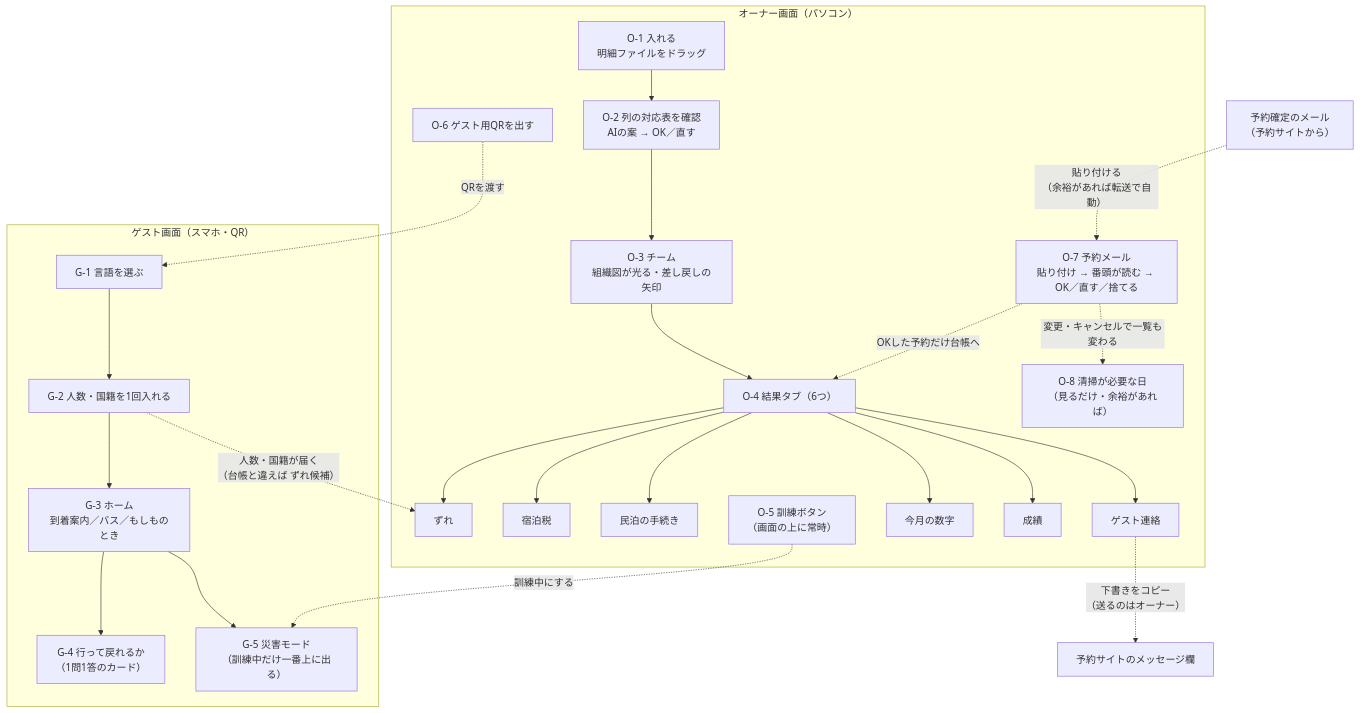
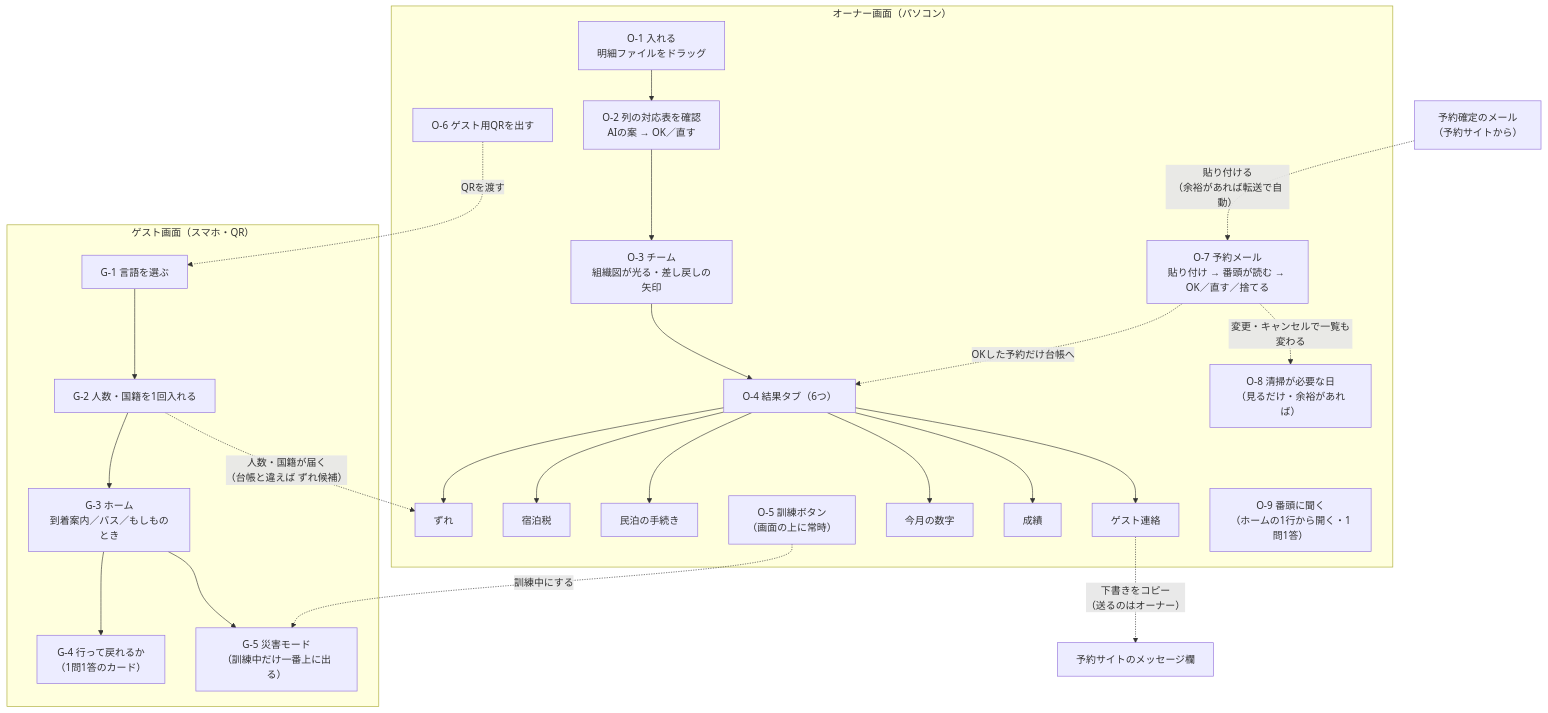
Before and after one commit to Daisuke000017/ai-banto: the first of 2 diagrams in docs/01_画面一覧.md, drawn with Mermaid. The commit also changed other lines of this file and 11 other files, not shown here.

````diff
--- a/docs/01_画面一覧.md
+++ b/docs/01_画面一覧.md
@@ -19,33 +19,34 @@
 ```mermaid
 flowchart TD
   subgraph OWNER["オーナー画面（パソコン）"]
     O1["O-1 入れる<br/>明細ファイルをドラッグ"] --> O2["O-2 列の対応表を確認<br/>AIの案 → OK／直す"]
     O2 --> O3["O-3 チーム<br/>組織図が光る・差し戻しの矢印"]
     O3 --> O4["O-4 結果タブ（6つ）"]
     O4 --> T1["ずれ"]
     O4 --> T2["宿泊税"]
     O4 --> T3["民泊の手続き"]
     O4 --> T4["ゲスト連絡"]
     O4 --> T5["今月の数字"]
     O4 --> T6["成績"]
     O5["O-5 訓練ボタン<br/>（画面の上に常時）"]
     O6["O-6 ゲスト用QRを出す"]
     O7["O-7 予約メール<br/>貼り付け → 番頭が読む → OK／直す／捨てる"]
     O8["O-8 清掃が必要な日<br/>（見るだけ・余裕があれば）"]
+    O9["O-9 番頭に聞く<br/>（ホームの1行から開く・1問1答）"]
   end
 
   subgraph GUEST["ゲスト画面（スマホ・QR）"]
     G1["G-1 言語を選ぶ"] --> G2["G-2 人数・国籍を1回入れる"]
     G2 --> G3["G-3 ホーム<br/>到着案内／バス／もしものとき"]
     G3 --> G4["G-4 行って戻れるか<br/>（1問1答のカード）"]
     G3 --> G5["G-5 災害モード<br/>（訓練中だけ一番上に出る）"]
   end
 
   O6 -. "QRを渡す" .-> G1
   MAIL["予約確定のメール<br/>（予約サイトから）"] -. "貼り付ける<br/>（余裕があれば転送で自動）" .-> O7
   O7 -. "OKした予約だけ台帳へ" .-> O4
   O7 -. "変更・キャンセルで一覧も変わる" .-> O8
   G2 -. "人数・国籍が届く<br/>（台帳と違えば ずれ候補）" .-> T1
   O5 -. "訓練中にする" .-> G5
   T4 -. "下書きをコピー<br/>（送るのはオーナー）" .-> X["予約サイトのメッセージ欄"]
 ```
````
